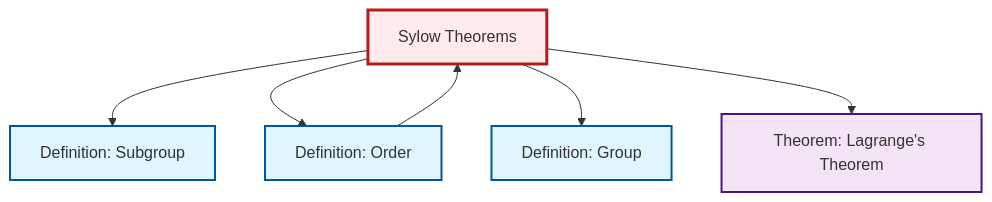
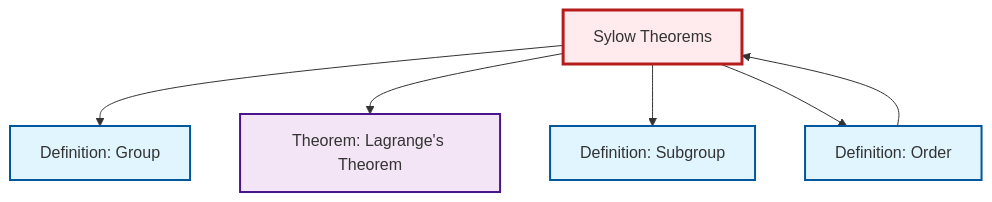
One commit to RK0429/ModernMath changed the diagram in content/en/algebra/thm-sylow.qmd. Above: the diagram before and after it, drawn with Mermaid. The commit also changed other lines of this file and 634 other files, not shown here.

````diff
--- a/content/en/algebra/thm-sylow.qmd
+++ b/content/en/algebra/thm-sylow.qmd
@@ -85,24 +85,24 @@
 ```{mermaid}
 %%| fig-cap: "Local dependency graph"
 graph TD
     classDef definition fill:#e1f5fe,stroke:#01579b,stroke-width:2px
     classDef theorem fill:#f3e5f5,stroke:#4a148c,stroke-width:2px
     classDef axiom fill:#fff3e0,stroke:#e65100,stroke-width:2px
     classDef example fill:#e8f5e9,stroke:#1b5e20,stroke-width:2px
     classDef current fill:#ffebee,stroke:#b71c1c,stroke-width:3px
+    def-group["Definition: Group"]:::definition
     thm-lagrange["Theorem: Lagrange's Theorem"]:::theorem
-    def-group["Definition: Group"]:::definition
     def-subgroup["Definition: Subgroup"]:::definition
     thm-sylow["Sylow Theorems"]:::theorem
     def-order["Definition: Order"]:::definition
+    thm-sylow --> def-group
+    def-order --> thm-sylow
+    thm-sylow --> thm-lagrange
     thm-sylow --> def-subgroup
     thm-sylow --> def-order
-    thm-sylow --> def-group
-    thm-sylow --> thm-lagrange
-    def-order --> thm-sylow
     class thm-sylow current
+    click def-group "def-group.html" "Go to Group definition"
     click thm-lagrange "thm-lagrange.html" "Go to Lagrange's Theorem theorem"
-    click def-group "def-group.html" "Go to Group definition"
     click def-subgroup "def-subgroup.html" "Go to Subgroup definition"
     click def-order "def-order.html" "Go to Order definition"
 ```
````
